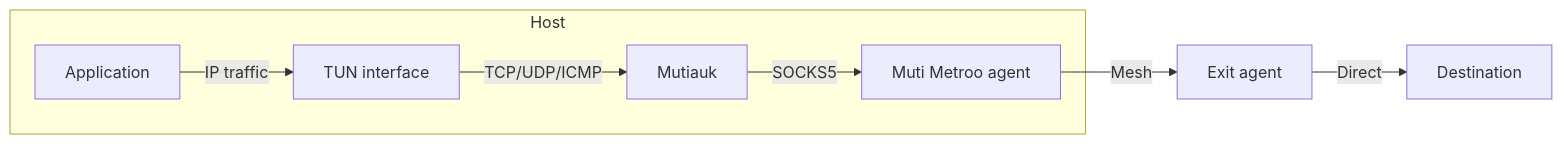
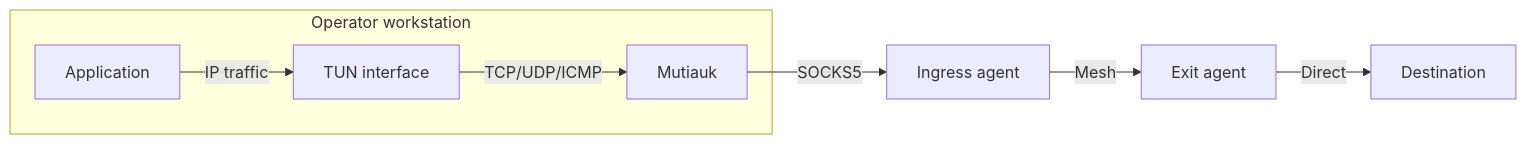
One commit to Muti-Metroo/Muti-Metroo changed the diagram in docs/docs/mutiauk.mdx. Above: the diagram before and after it, drawn with Mermaid. The commit also changed other lines of this file and 36 other files, not shown here.

````diff
--- a/docs/docs/mutiauk.mdx
+++ b/docs/docs/mutiauk.mdx
@@ -34,10 +34,10 @@
 ```mermaid
 flowchart LR
-    subgraph Host
+    subgraph WS[Operator workstation]
         App[Application] -->|IP traffic| TUN[TUN interface]
         TUN -->|TCP/UDP/ICMP| ME[Mutiauk]
-        ME -->|SOCKS5| MM[Muti Metroo agent]
     end
+    ME -->|SOCKS5| MM[Ingress agent]
     MM -->|Mesh| Exit[Exit agent]
     Exit -->|Direct| Dest[Destination]
 ```
````
